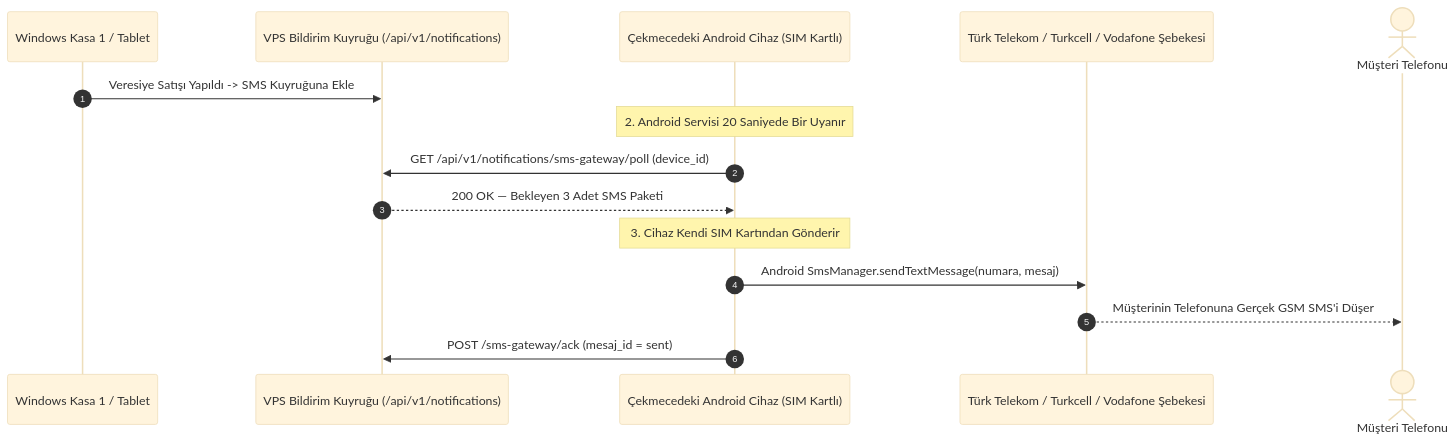
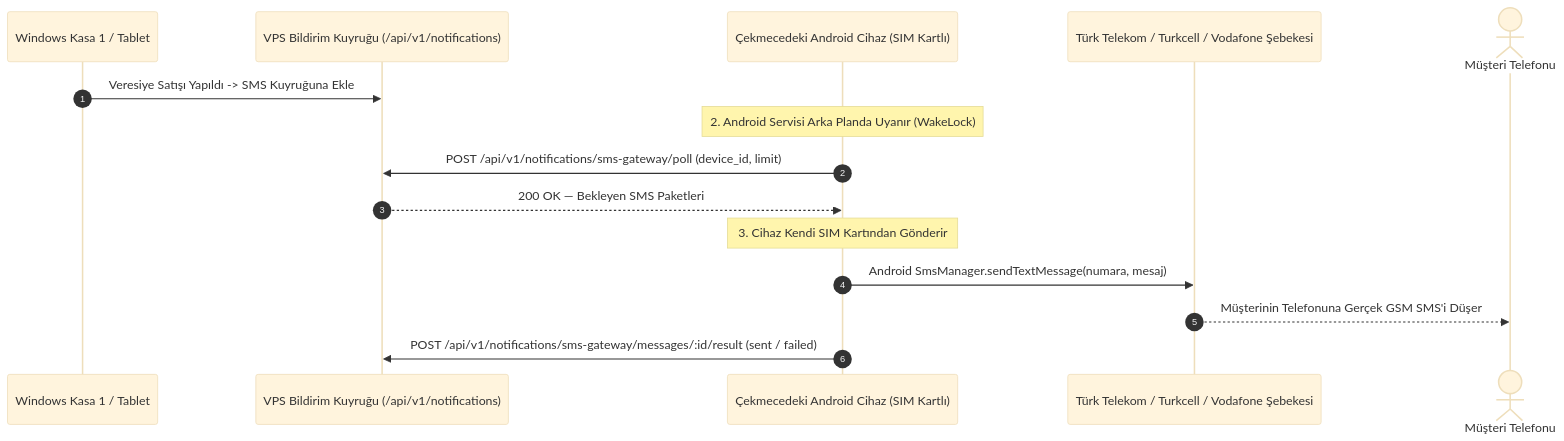
Before and after one commit to mhmtgwn/serenut: diagram 13 of 16 in docs/SERENUT_OS_MASTER_OPERATING_MANUAL.md, drawn with Mermaid (base theme). The commit also changed other lines of this file and 321 other files, not shown here.

````diff
--- a/docs/SERENUT_OS_MASTER_OPERATING_MANUAL.md
+++ b/docs/SERENUT_OS_MASTER_OPERATING_MANUAL.md
@@ -1103,18 +1181,18 @@
 ```mermaid
 sequenceDiagram
     autonumber
     participant Kasa as Windows Kasa 1 / Tablet
     participant Server as VPS Bildirim Kuyruğu (/api/v1/notifications)
     participant Phone as Çekmecedeki Android Cihaz (SIM Kartlı)
     participant GSM as Türk Telekom / Turkcell / Vodafone Şebekesi
     actor Customer as Müşteri Telefonu
 
     Kasa->>Server: Veresiye Satışı Yapıldı -> SMS Kuyruğuna Ekle
-    Note over Phone: 2. Android Servisi 20 Saniyede Bir Uyanır
-    Phone->>Server: GET /api/v1/notifications/sms-gateway/poll (device_id)
-    Server-->>Phone: 200 OK — Bekleyen 3 Adet SMS Paketi
+    Note over Phone: 2. Android Servisi Arka Planda Uyanır (WakeLock)
+    Phone->>Server: POST /api/v1/notifications/sms-gateway/poll (device_id, limit)
+    Server-->>Phone: 200 OK — Bekleyen SMS Paketleri
     Note over Phone: 3. Cihaz Kendi SIM Kartından Gönderir
     Phone->>GSM: Android SmsManager.sendTextMessage(numara, mesaj)
     GSM-->>Customer: Müşterinin Telefonuna Gerçek GSM SMS'i Düşer
-    Phone->>Server: POST /sms-gateway/ack (mesaj_id = sent)
+    Phone->>Server: POST /api/v1/notifications/sms-gateway/messages/:id/result (sent / failed)
 ```
````
